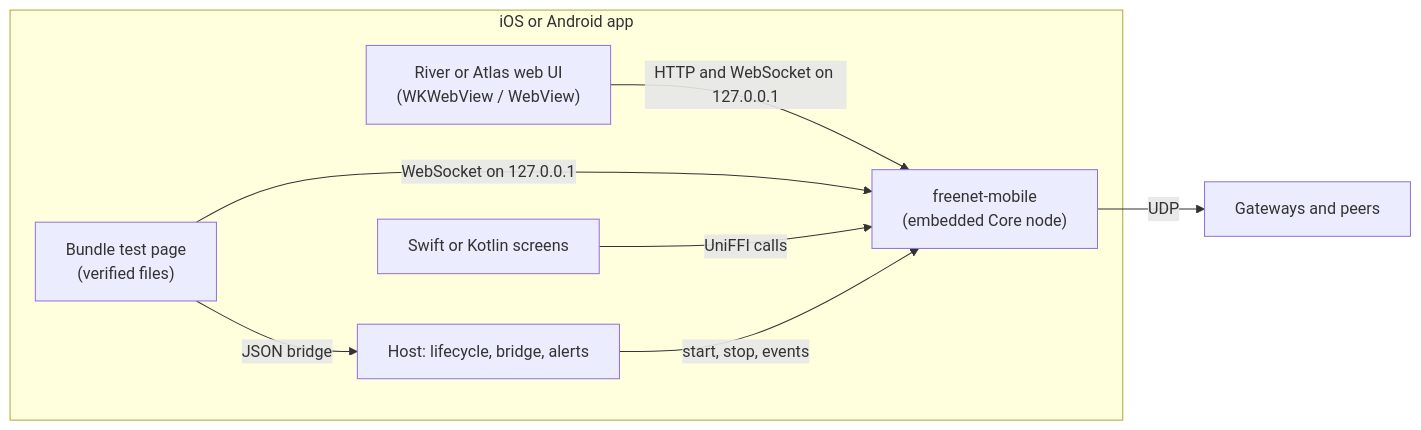
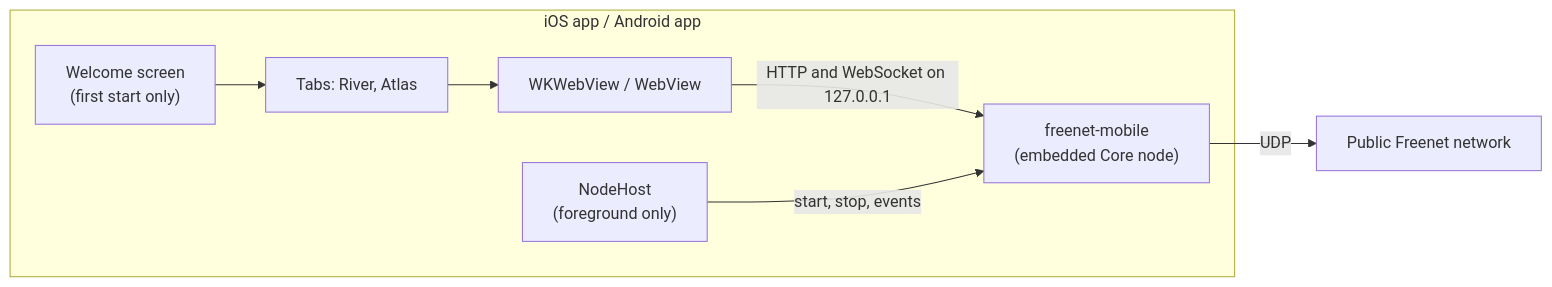
One commit to glesage/freenet-appkit changed the diagram in README.md. Above: the diagram before and after it, drawn with Mermaid. The commit also changed other lines of this file and 14 other files, not shown here.

````diff
--- a/README.md
+++ b/README.md
@@ -7,16 +7,14 @@
 ```mermaid
 flowchart LR
-  subgraph phone["iOS or Android app"]
-    web["River or Atlas web UI<br/>(WKWebView / WebView)"]
-    page["Bundle test page<br/>(verified files)"]
-    native["Swift or Kotlin screens"]
-    host["Host: lifecycle, bridge, alerts"]
+  subgraph phone["iOS app / Android app"]
+    welcome["Welcome screen<br/>(first start only)"]
+    tabs["Tabs: River, Atlas"]
+    web["WKWebView / WebView"]
+    host["NodeHost<br/>(foreground only)"]
     node["freenet-mobile<br/>(embedded Core node)"]
   end
+  welcome --> tabs --> web
   web -- "HTTP and WebSocket on 127.0.0.1" --> node
-  page -- "JSON bridge" --> host
-  page -- "WebSocket on 127.0.0.1" --> node
-  native -- "UniFFI calls" --> node
   host -- "start, stop, events" --> node
-  node -- "UDP" --> peers["Gateways and peers"]
+  node -- "UDP" --> peers["Public Freenet network"]
 ```
````
